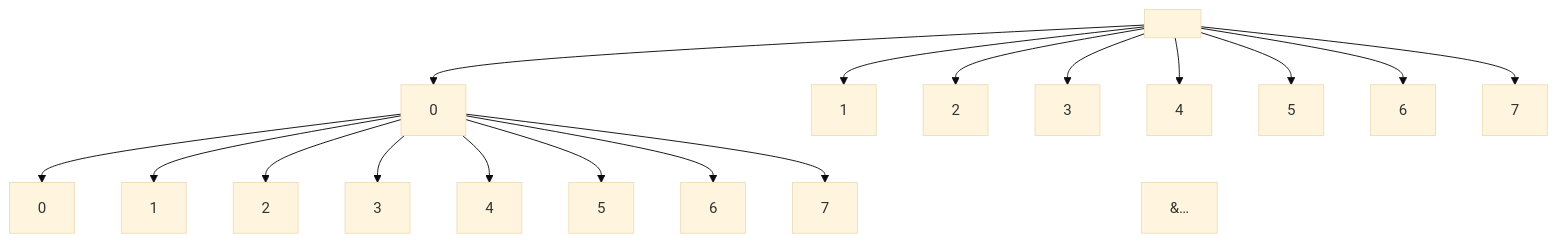
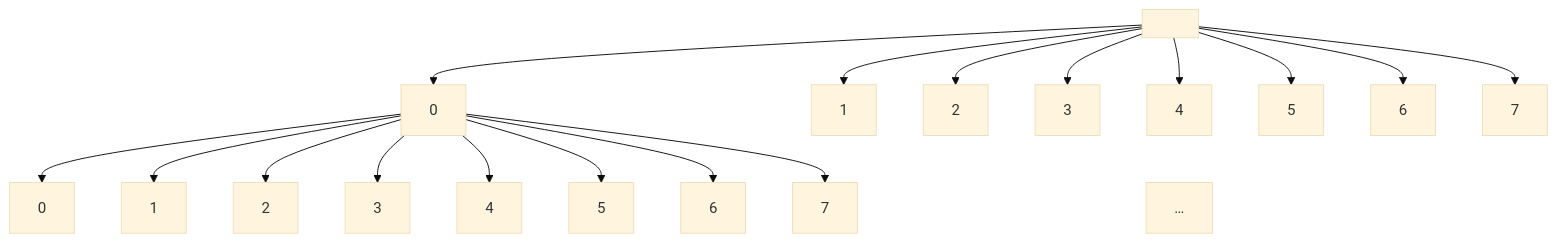
The diagram in doc/backtracking_graphe.md (Matteo-K/S2.02), drawn with Mermaid (base theme) before and after one commit.

````diff
--- a/doc/backtracking_graphe.md
+++ b/doc/backtracking_graphe.md
@@ -27,28 +27,28 @@
 ```mermaid
 flowchart TD
     start[" "]
     start --> 0
     start --> 1
     start --> 2
     start --> 3
     start --> 4
     start --> 5
     start --> 6
     start --> 7
     0 --> 00["0"]
     0 --> 01["1"]
     0 --> 02["2"]
     0 --> 03["3"]
     0 --> 04["4"]
     0 --> 05["5"]
     0 --> 06["6"]
     0 --> 07["7"]
-    ell["&#8230;"]
+    ell["#8230;"]
     1 ~~~ ell
     2 ~~~ ell
     3 ~~~ ell
     4 ~~~ ell
     5 ~~~ ell
     6 ~~~ ell
     7 ~~~ ell
 ```
````
